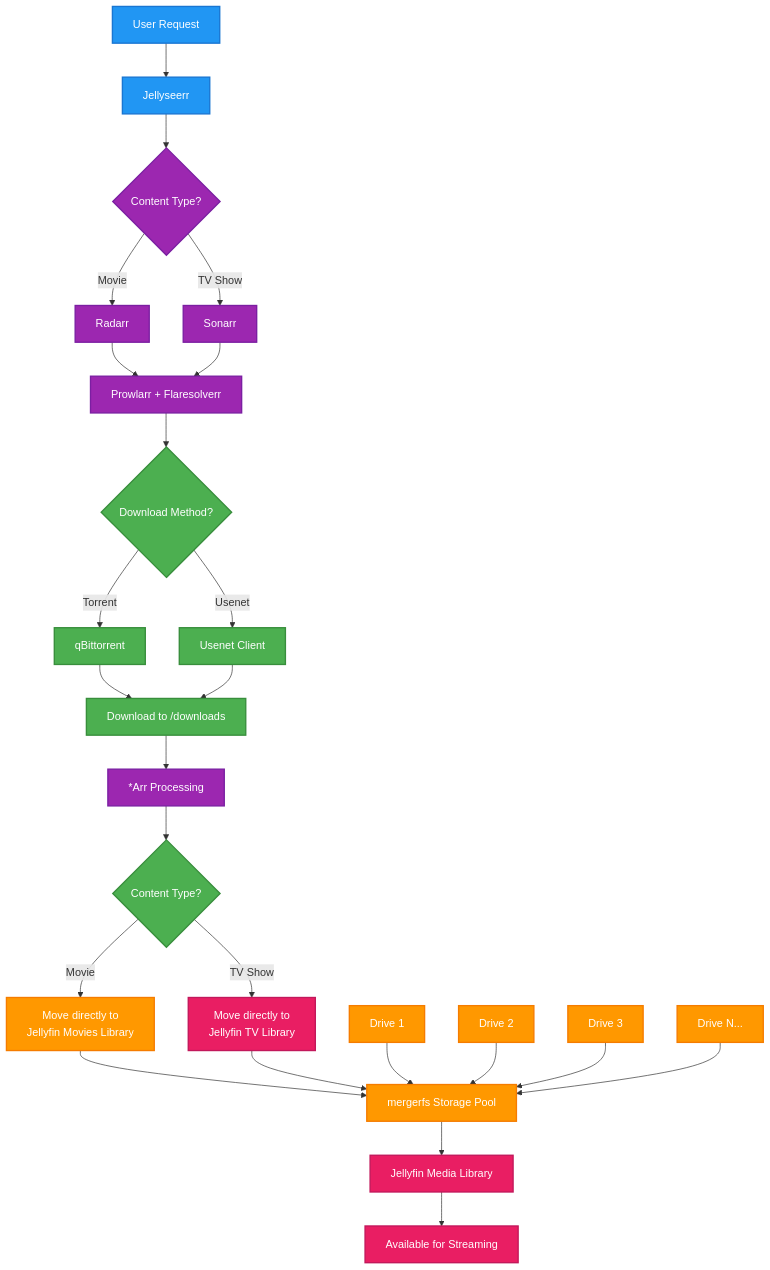
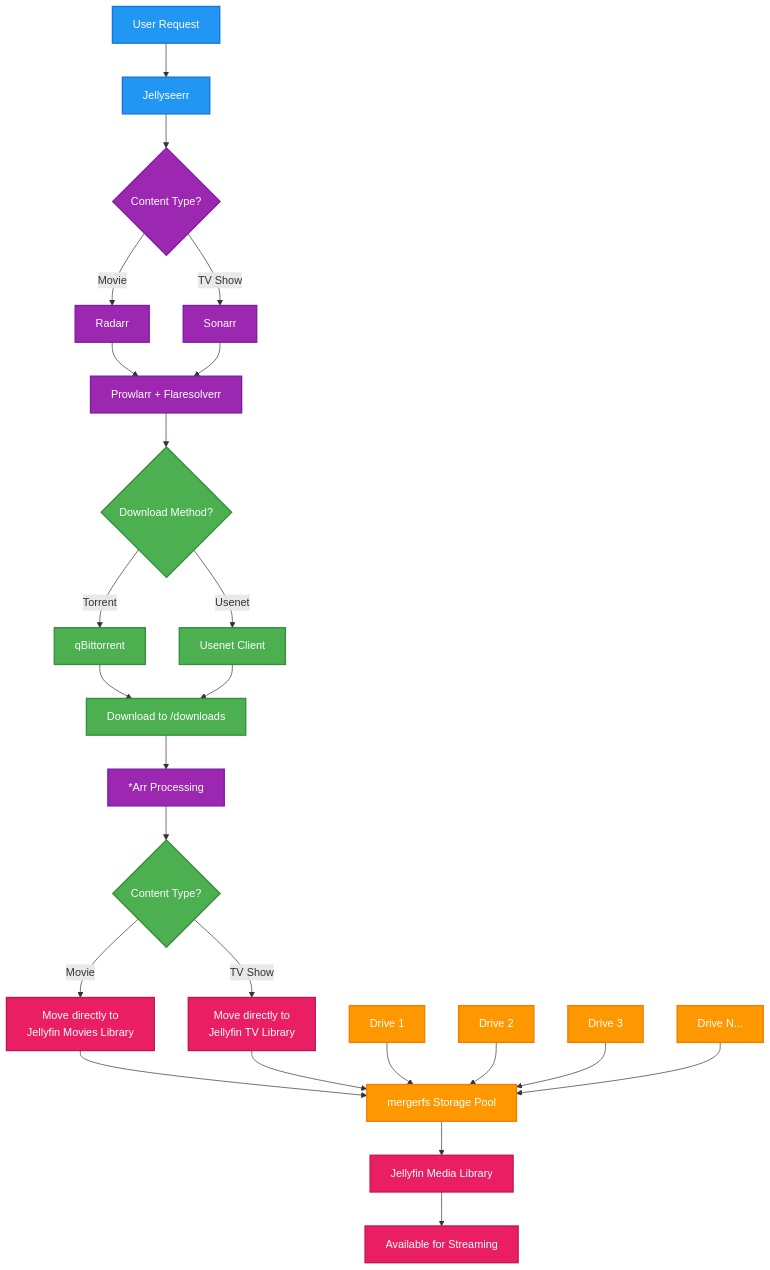
The diagram in docs/Examples/Arr Suite/Docs/01-Media Management Workflow.mdx (TrueBankai416/BankaiTechDocs), drawn with Mermaid before and after one commit.

Commit message:
Fix Mermaid diagram color consistency
- Move node M (Jellyfin Movies Library) to finalFlow class to match node N
- Both M and N represent the same "direct-to-library" step and should have consistent coloring
- This provides better visual grouping in the workflow diagram

Mentat precommit script passed. Log: https://mentat.ai/gh/TrueBankai416/BankaiTechDocs/log/f35d4f63-8fdb-42e0-9c53-4ed03ca3d105

````diff
--- a/docs/Examples/Arr Suite/Docs/01-Media Management Workflow.mdx
+++ b/docs/Examples/Arr Suite/Docs/01-Media Management Workflow.mdx
@@ -21,49 +21,49 @@
 ```mermaid
 flowchart TD
     A[User Request] --> B[Jellyseerr]
     B --> C{Content Type?}
     
     C -->|Movie| D[Radarr]
     C -->|TV Show| E[Sonarr]
     
     D --> F[Prowlarr + Flaresolverr]
     E --> F
     
     F --> G{Download Method?}
     G -->|Torrent| H[qBittorrent]
     G -->|Usenet| I[Usenet Client]
     
     H --> J[Download to /downloads]
     I --> J
     
     J --> K[*Arr Processing]
     K --> L{Content Type?}
     
     L -->|Movie| M[Move directly to<br/>Jellyfin Movies Library]
     L -->|TV Show| N[Move directly to<br/>Jellyfin TV Library]
     
     M --> O[mergerfs Storage Pool]
     N --> O
     
     O --> P[Jellyfin Media Library]
     P --> Q[Available for Streaming]
     
     %% Storage representation
     R[Drive 1] --> O
     S[Drive 2] --> O
     T[Drive 3] --> O
     U[Drive N...] --> O
     
     %% Styling with better contrast
     classDef requestFlow fill:#2196F3,stroke:#1976D2,stroke-width:2px,color:#fff
     classDef arrSuite fill:#9C27B0,stroke:#7B1FA2,stroke-width:2px,color:#fff
     classDef downloadFlow fill:#4CAF50,stroke:#388E3C,stroke-width:2px,color:#fff
     classDef storageFlow fill:#FF9800,stroke:#F57C00,stroke-width:2px,color:#fff
     classDef finalFlow fill:#E91E63,stroke:#C2185B,stroke-width:2px,color:#fff
     
     class A,B requestFlow
     class C,D,E,F,K arrSuite
     class G,H,I,J,L downloadFlow
-    class M,O,R,S,T,U storageFlow
-    class N,P,Q finalFlow
+    class O,R,S,T,U storageFlow
+    class M,N,P,Q finalFlow
 ```
````
